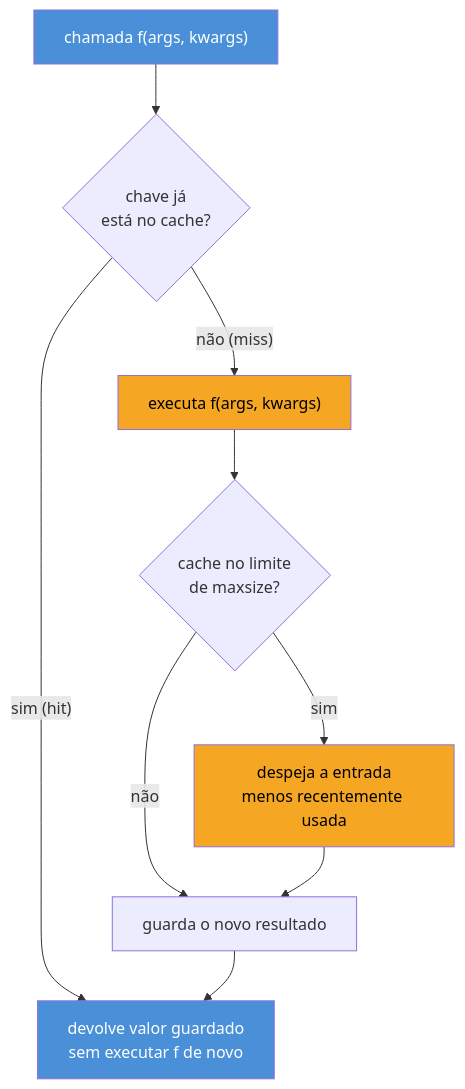
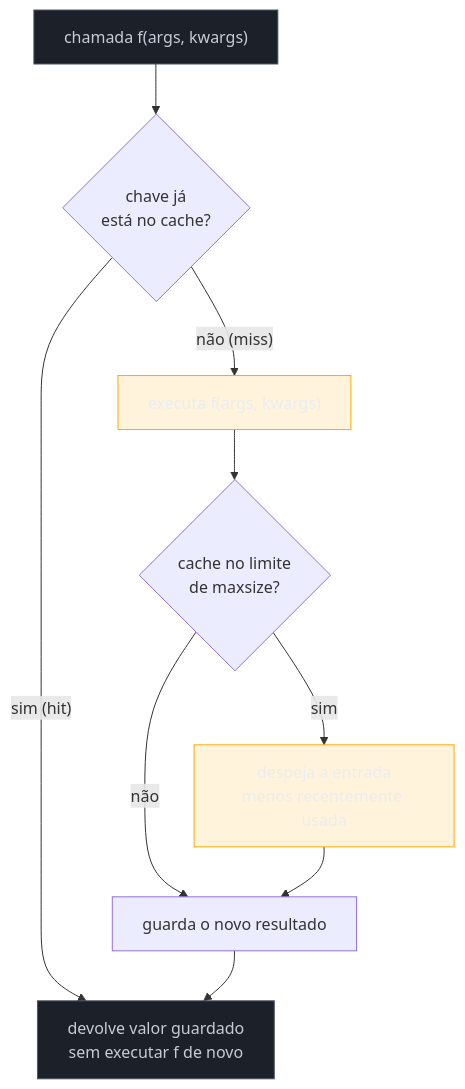
The first of 2 diagrams in 03-Dominios/Tecnologia/Python/Funcional e idiomas avançados/07 - functools — ferramentas funcionais.md (josenaldo/codex-technomanticus), drawn with Mermaid before and after one commit. The commit also changed other lines of this file and 1181 other files, not shown here.

First line of the commit message:
fix(diagramas): paleta do sistema no lugar de cor cravada no markdown

````diff
--- a/03-Dominios/Tecnologia/Python/Funcional e idiomas avançados/07 - functools — ferramentas funcionais.md
+++ b/03-Dominios/Tecnologia/Python/Funcional e idiomas avançados/07 - functools — ferramentas funcionais.md
@@ -98,16 +98,18 @@
 ```mermaid
 flowchart TD
+    classDef neutro fill:#1B2029,stroke:#4E5666,color:#C6CCD8
+    classDef destaque fill:#FFAA0024,stroke:#FFAA00,color:#E9ECF2
     A["chamada f(args, kwargs)"] --> B{"chave já<br/>está no cache?"}
     B -->|"sim (hit)"| C["devolve valor guardado<br/>sem executar f de novo"]
     B -->|"não (miss)"| D["executa f(args, kwargs)"]
     D --> E{"cache no limite<br/>de maxsize?"}
     E -->|"sim"| F["despeja a entrada<br/>menos recentemente usada"]
     E -->|"não"| G["guarda o novo resultado"]
     F --> G
     G --> C
 
-    style A fill:#4A90D9,color:#fff
-    style C fill:#4A90D9,color:#fff
-    style F fill:#F5A623,color:#000
-    style D fill:#F5A623,color:#000
+    class A neutro
+    class C neutro
+    class F destaque
+    class D destaque
 ```
````
